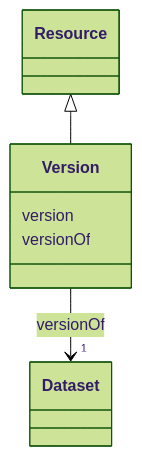
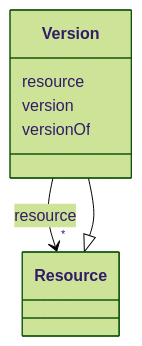
One commit to EVORA-project/evora-ontology changed the diagram in models/docs/Version.md. Above: the diagram before and after it, drawn with Mermaid (forest theme). The commit also changed other lines of this file and 171 other files, not shown here.

````diff
--- a/models/docs/Version.md
+++ b/models/docs/Version.md
@@ -19,20 +19,22 @@
 ```mermaid
  classDiagram
     class Version
     click Version href "../Version"
       Resource <|-- Version
         click Resource href "../Resource"
       
+      Version : resource
+        
+          
+    
+    
+    Version --> "*" Resource : resource
+    click Resource href "../Resource"
+
+        
       Version : version
         
       Version : versionOf
         
-          
-    
-    
-    Version --> "1" Dataset : versionOf
-    click Dataset href "../Dataset"
-
-        
       
 ```
````
